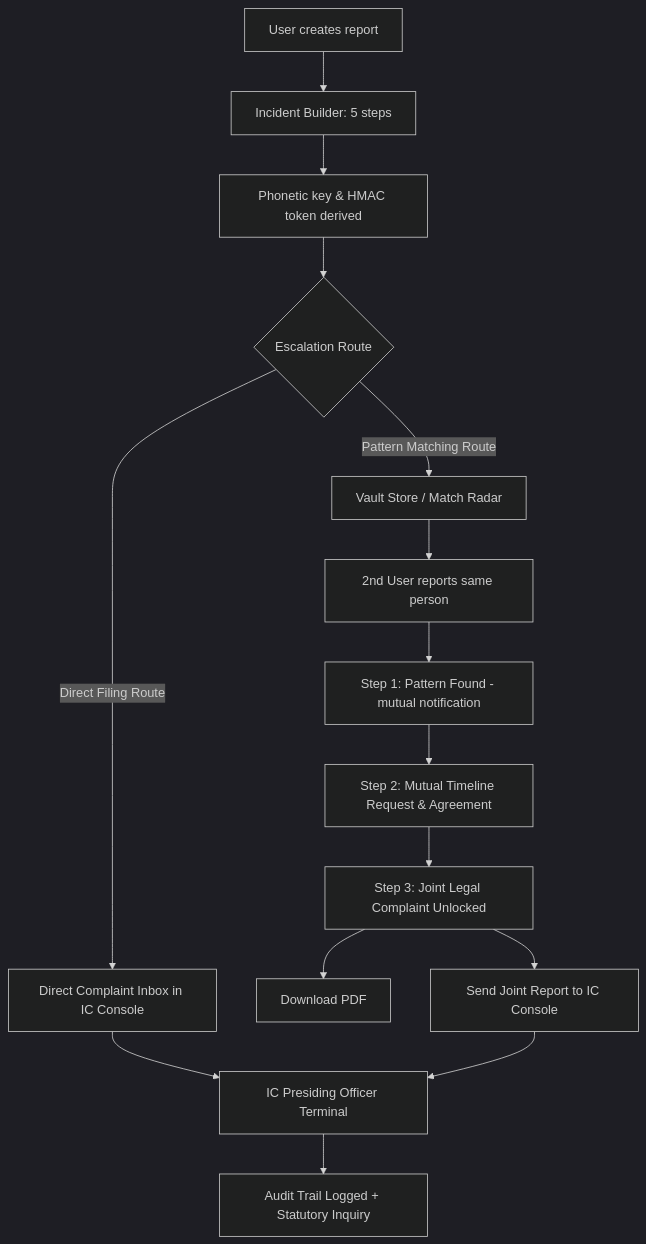
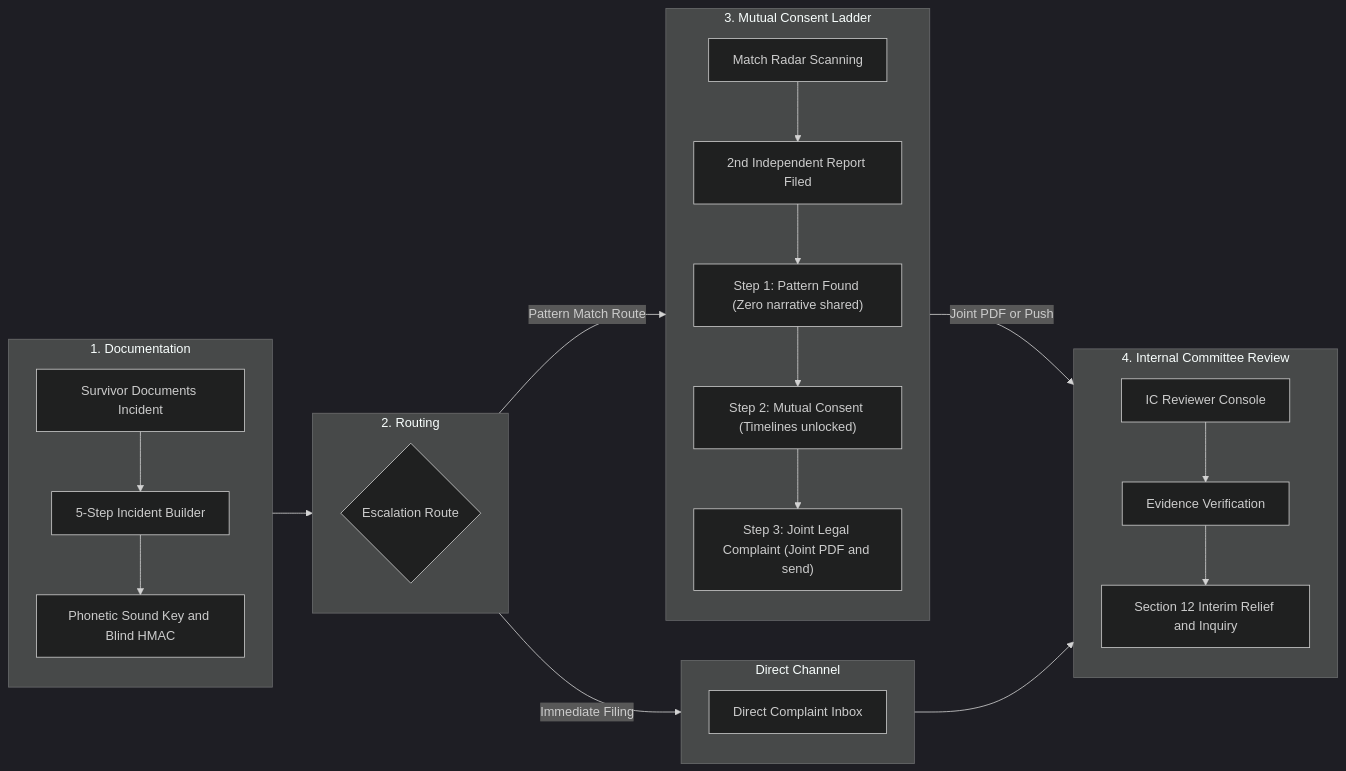
One commit to gayathrii3/Aawaz-safeEscrow changed the diagram in README.md. Above: the diagram before and after it, drawn with Mermaid (dark theme).

````diff
--- a/README.md
+++ b/README.md
@@ -32,17 +32,35 @@
 ```mermaid
-flowchart TD
-    A[User creates report] --> B[Incident Builder: 5 steps]
-    B --> C[Phonetic key & HMAC token derived]
-    C --> D{Escalation Route}
-    D -->|Pattern Matching Route| E[Vault Store / Match Radar]
-    D -->|Direct Filing Route| F[Direct Complaint Inbox in IC Console]
-    E --> G[2nd User reports same person]
-    G --> H[Step 1: Pattern Found - mutual notification]
-    H --> I[Step 2: Mutual Timeline Request & Agreement]
-    I --> J[Step 3: Joint Legal Complaint Unlocked]
-    J --> K[Download PDF]
-    J --> L[Send Joint Report to IC Console]
-    F --> M[IC Presiding Officer Terminal]
-    L --> M
-    M --> N[Audit Trail Logged + Statutory Inquiry]
+flowchart LR
+    subgraph Intake["1. Documentation"]
+        direction TB
+        A[Survivor Documents Incident] --> B[5-Step Incident Builder]
+        B --> C[Phonetic Sound Key and Blind HMAC]
+    end
+
+    subgraph Routing["2. Routing"]
+        direction TB
+        C --> D{Escalation Route}
+    end
+
+    subgraph DirectRoute["Direct Channel"]
+        direction TB
+        D -->|Immediate Filing| F[Direct Complaint Inbox]
+    end
+
+    subgraph MatchingRoute["3. Mutual Consent Ladder"]
+        direction TB
+        D -->|Pattern Match Route| E[Match Radar Scanning]
+        E --> G[2nd Independent Report Filed]
+        G --> H["Step 1: Pattern Found (Zero narrative shared)"]
+        H --> I["Step 2: Mutual Consent (Timelines unlocked)"]
+        I --> J["Step 3: Joint Legal Complaint (Joint PDF and send)"]
+    end
+
+    subgraph IC["4. Internal Committee Review"]
+        direction TB
+        F --> M[IC Reviewer Console]
+        J -->|Joint PDF or Push| M
+        M --> N[Evidence Verification]
+        N --> O[Section 12 Interim Relief and Inquiry]
+    end
 ```
````
